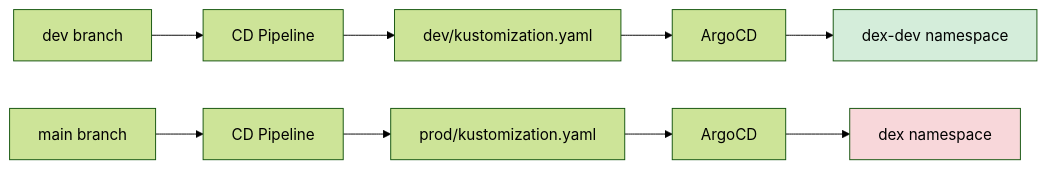
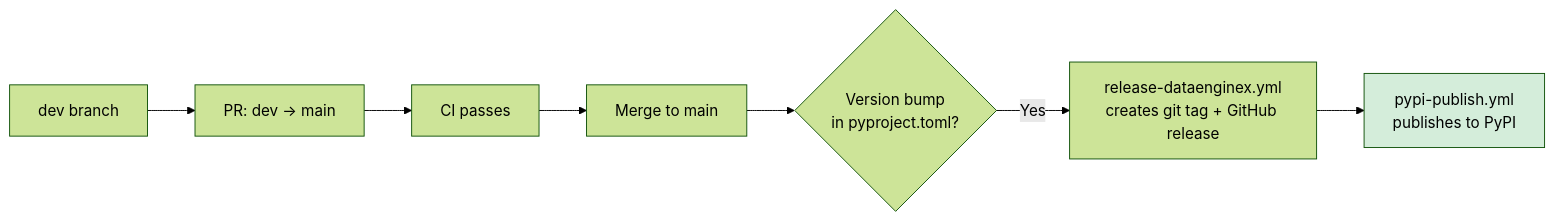
Before and after one commit to TheDataEngineX/infradex: the diagram in docs/DEPLOY_RUNBOOK.md, drawn with Mermaid (forest theme). The commit also changed other lines of this file and 31 other files, not shown here.

````diff
--- a/docs/DEPLOY_RUNBOOK.md
+++ b/docs/DEPLOY_RUNBOOK.md
@@ -18,15 +13,11 @@
 ```mermaid
 graph LR
-    Dev[dev branch] --> DevCD[CD Pipeline]
-    DevCD --> DevManifest[dev/kustomization.yaml]
-    DevManifest --> ArgoDev[ArgoCD]
-    ArgoDev --> DevK8s[dex-dev namespace]
+    Dev[dev branch] --> PR[PR: dev → main]
+    PR --> CI[CI passes]
+    CI --> Merge[Merge to main]
+    Merge --> VersionBump{Version bump<br/>in pyproject.toml?}
+    VersionBump -->|Yes| Tag[release-dataenginex.yml<br/>creates git tag + GitHub release]
+    Tag --> PyPI[pypi-publish.yml<br/>publishes to PyPI]
 
-    Main[main branch] --> MainCD[CD Pipeline]
-    MainCD --> ProdManifest[prod/kustomization.yaml]
-    ProdManifest --> ArgoProd[ArgoCD]
-    ArgoProd --> ProdK8s[dex namespace]
-
-    style DevK8s fill:#d4edda
-    style ProdK8s fill:#f8d7da
+    style PyPI fill:#d4edda
 ```
````
